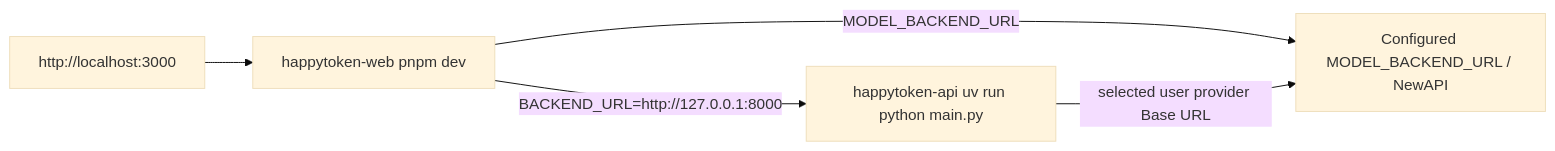
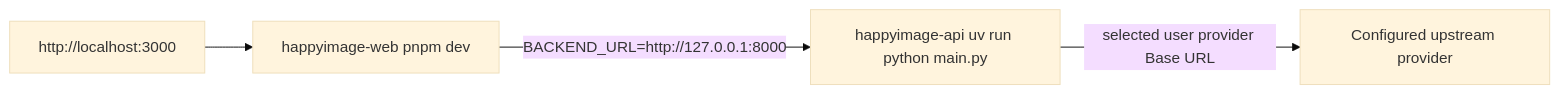
Before and after one commit to happy-token/HappyImage: the sixth of 7 diagrams in docs/architecture.md, drawn with Mermaid (base theme). The commit also changed other lines of this file and 7 other files, not shown here.

````diff
--- a/docs/architecture.md
+++ b/docs/architecture.md
@@ -159,12 +159,11 @@
 ```mermaid
 flowchart LR
   Browser["http://localhost:3000"]
-  Web["happytoken-web pnpm dev"]
-  API["happytoken-api uv run python main.py"]
-  Gateway["Configured MODEL_BACKEND_URL / NewAPI"]
+  Web["happyimage-web pnpm dev"]
+  API["happyimage-api uv run python main.py"]
+  Gateway["Configured upstream provider"]
 
   Browser --> Web
   Web -->|"BACKEND_URL=http://127.0.0.1:8000"| API
-  Web -->|"MODEL_BACKEND_URL"| Gateway
   API -->|"selected user provider Base URL"| Gateway
 ```
````
